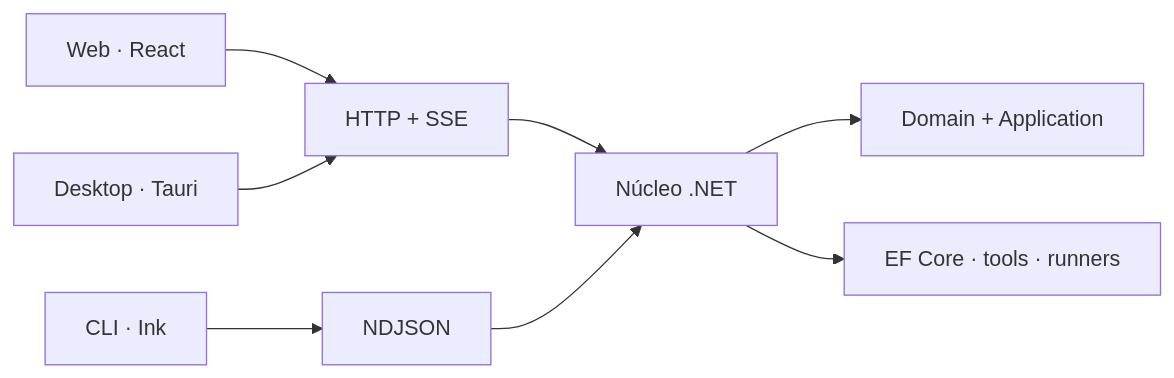
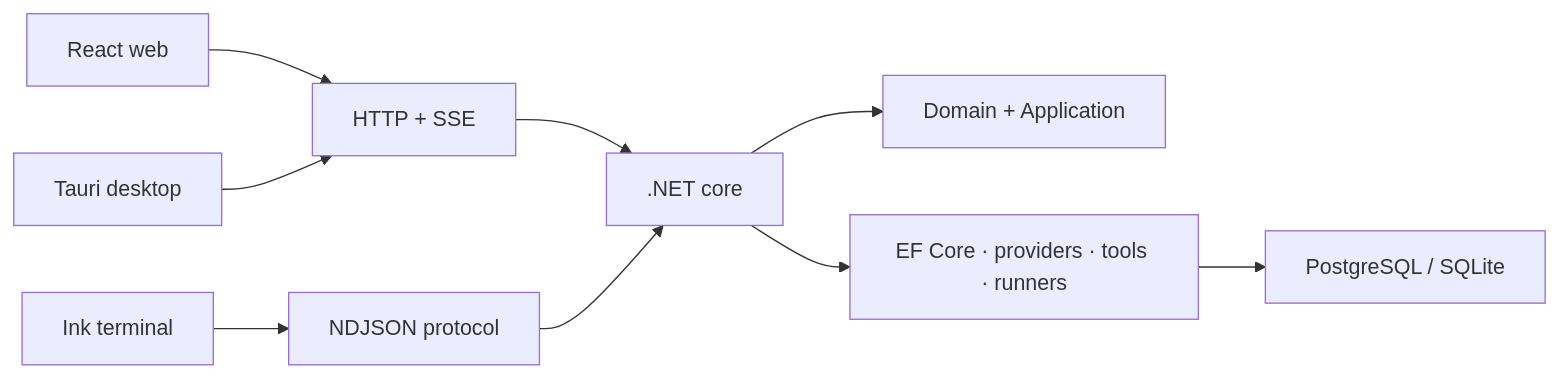
One commit to Johan-Alvarez-Dev/diwy-ai-case-study changed the diagram in README.md. Above: the diagram before and after it, drawn with Mermaid. The commit also changed other lines of this file and 11 other files, not shown here.

````diff
--- a/README.md
+++ b/README.md
@@ -31,10 +32,11 @@
 ```mermaid
 flowchart LR
-  Web["Web · React"] --> HTTP["HTTP + SSE"]
-  Desktop["Desktop · Tauri"] --> HTTP
-  CLI["CLI · Ink"] --> Proto["NDJSON"]
-  HTTP --> Core["Núcleo .NET"]
-  Proto --> Core
+  Web["React web"] --> SSE["HTTP + SSE"]
+  Desktop["Tauri desktop"] --> SSE
+  CLI["Ink terminal"] --> NDJSON["NDJSON protocol"]
+  SSE --> Core[".NET core"]
+  NDJSON --> Core
   Core --> App["Domain + Application"]
-  Core --> Infra["EF Core · tools · runners"]
+  Core --> Infra["EF Core · providers · tools · runners"]
+  Infra --> Data["PostgreSQL / SQLite"]
 ```
````
